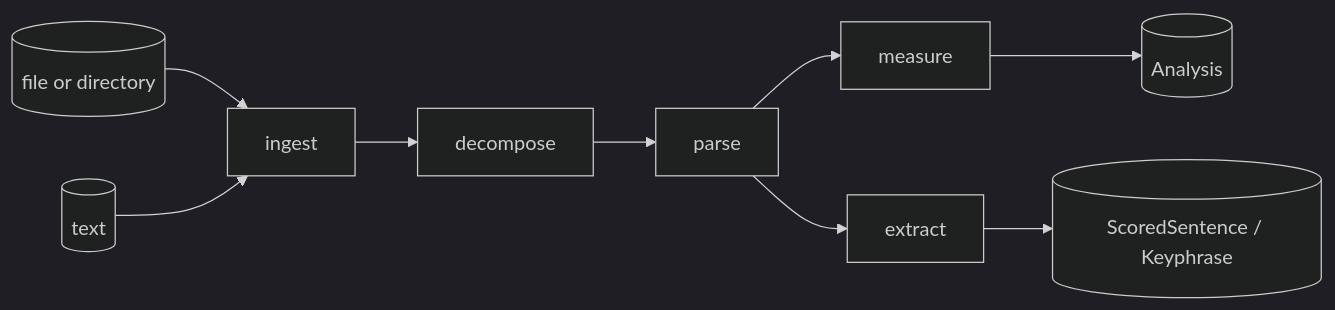
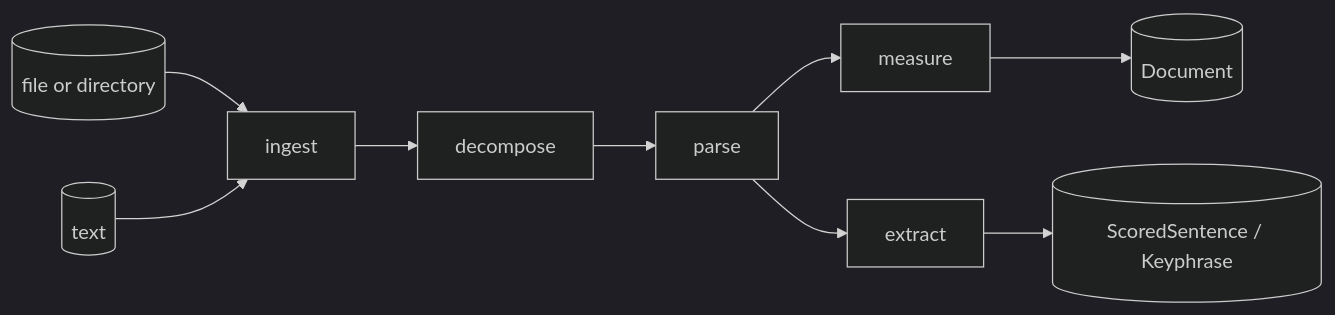
One commit to mox-labs/matra changed the diagram in .claude/arch/README.md. Above: the diagram before and after it, drawn with Mermaid (dark theme). The commit also changed 27 other files, not shown here.

First line of the commit message:
refactor(domain)!: rename Analysis to Document; lock abstract-tier vocab (ADR-0006)

````diff
--- a/.claude/arch/README.md
+++ b/.claude/arch/README.md
@@ -16,11 +16,11 @@
 ```mermaid
 flowchart LR
     file[("file or directory")] --> ingest[ingest]
     text[("text")] --> ingest
     ingest --> decompose[decompose]
     decompose --> parse[parse]
     parse --> measure[measure]
     parse --> extract[extract]
-    measure --> analysis[("Analysis")]
+    measure --> analysis[("Document")]
     extract --> selections[("ScoredSentence / Keyphrase")]
 ```
````
